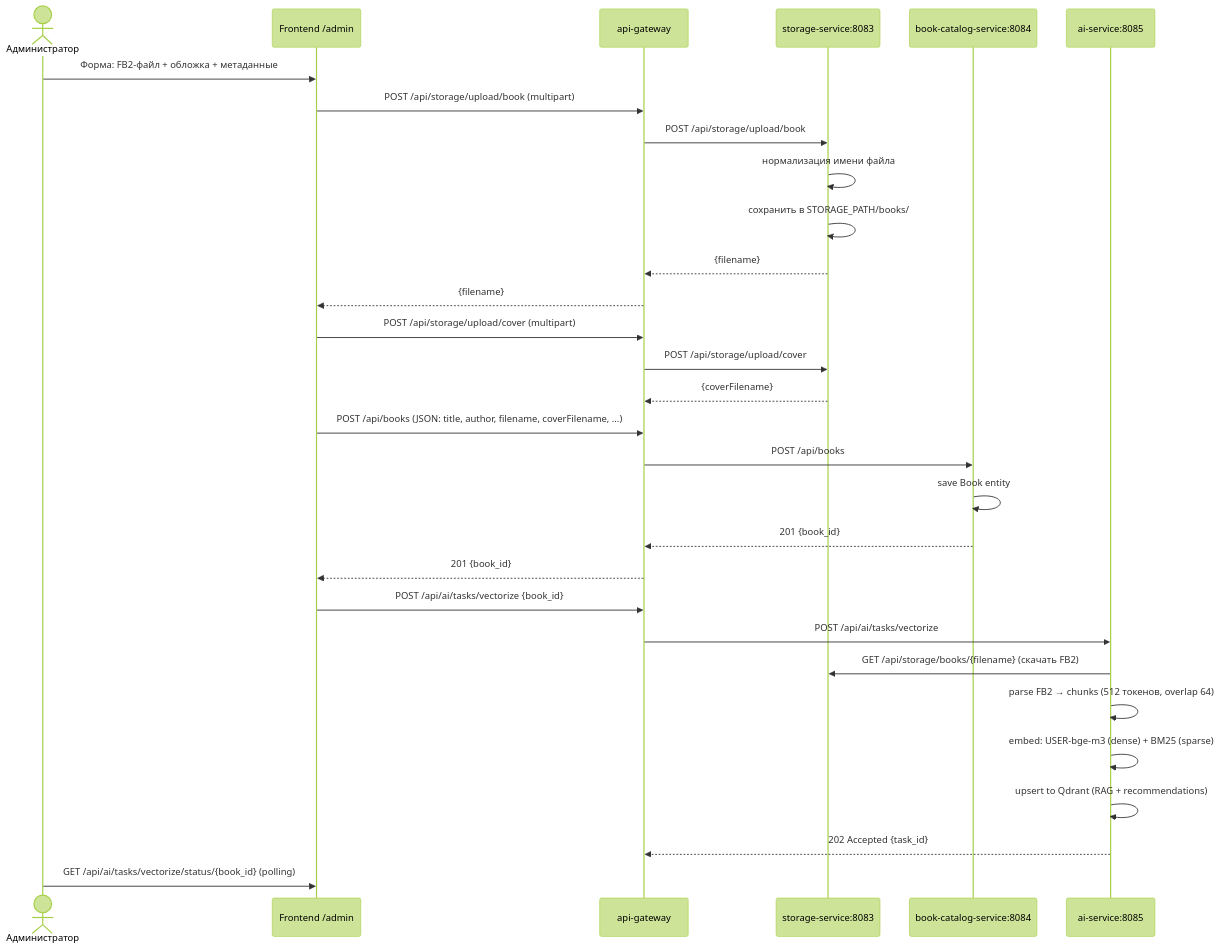
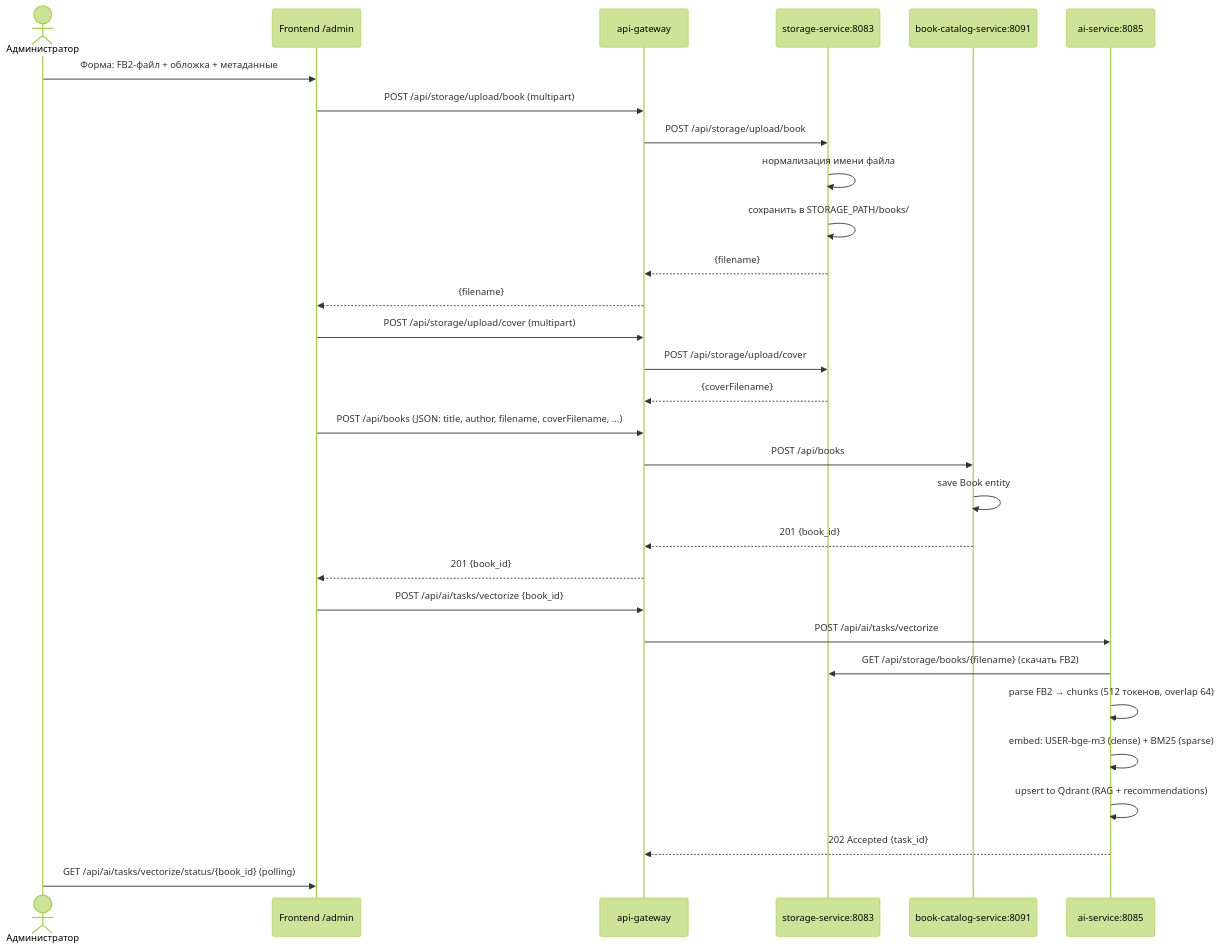
The second of 7 diagrams in docs/USE_CASES.md (Pavel-Skibin/DigitalLibrary), drawn with Mermaid (forest theme) before and after one commit. The commit also changed 21 other files, not shown here.

````diff
--- a/docs/USE_CASES.md
+++ b/docs/USE_CASES.md
@@ -43,36 +43,36 @@
 ```mermaid
 sequenceDiagram
     actor A as Администратор
     participant FE as Frontend /admin
     participant GW as api-gateway
     participant SS as storage-service:8083
-    participant BC as book-catalog-service:8084
+    participant BC as book-catalog-service:8091
     participant AI as ai-service:8085
 
     A->>FE: Форма: FB2-файл + обложка + метаданные
     FE->>GW: POST /api/storage/upload/book (multipart)
     GW->>SS: POST /api/storage/upload/book
     SS->>SS: нормализация имени файла
     SS->>SS: сохранить в STORAGE_PATH/books/
     SS-->>GW: {filename}
     GW-->>FE: {filename}
 
     FE->>GW: POST /api/storage/upload/cover (multipart)
     GW->>SS: POST /api/storage/upload/cover
     SS-->>GW: {coverFilename}
 
     FE->>GW: POST /api/books (JSON: title, author, filename, coverFilename, ...)
     GW->>BC: POST /api/books
     BC->>BC: save Book entity
     BC-->>GW: 201 {book_id}
     GW-->>FE: 201 {book_id}
 
     FE->>GW: POST /api/ai/tasks/vectorize {book_id}
     GW->>AI: POST /api/ai/tasks/vectorize
     AI->>SS: GET /api/storage/books/{filename} (скачать FB2)
     AI->>AI: parse FB2 → chunks (512 токенов, overlap 64)
     AI->>AI: embed: USER-bge-m3 (dense) + BM25 (sparse)
     AI->>AI: upsert to Qdrant (RAG + recommendations)
     AI-->>GW: 202 Accepted {task_id}
     A->>FE: GET /api/ai/tasks/vectorize/status/{book_id} (polling)
 ```
````
